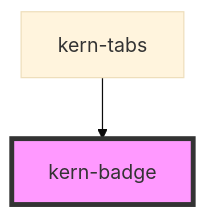
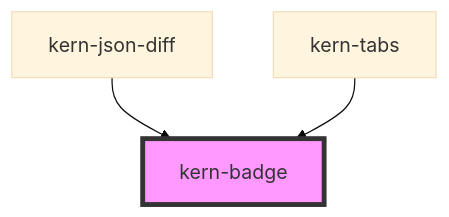
One commit to yfridelance/kern changed the diagram in src/components/kern-badge/readme.md. Above: the diagram before and after it, drawn with Mermaid (base theme). The commit also changed other lines of this file and 13 other files, not shown here.

First line of the commit message:
kern-json-diff und diffJson() für Unterschiede zweier JSON-Stände

````diff
--- a/src/components/kern-badge/readme.md
+++ b/src/components/kern-badge/readme.md
@@ -70,5 +71,6 @@
 ```mermaid
 graph TD;
+  kern-json-diff --> kern-badge
   kern-tabs --> kern-badge
   style kern-badge fill:#f9f,stroke:#333,stroke-width:4px
 ```
````
